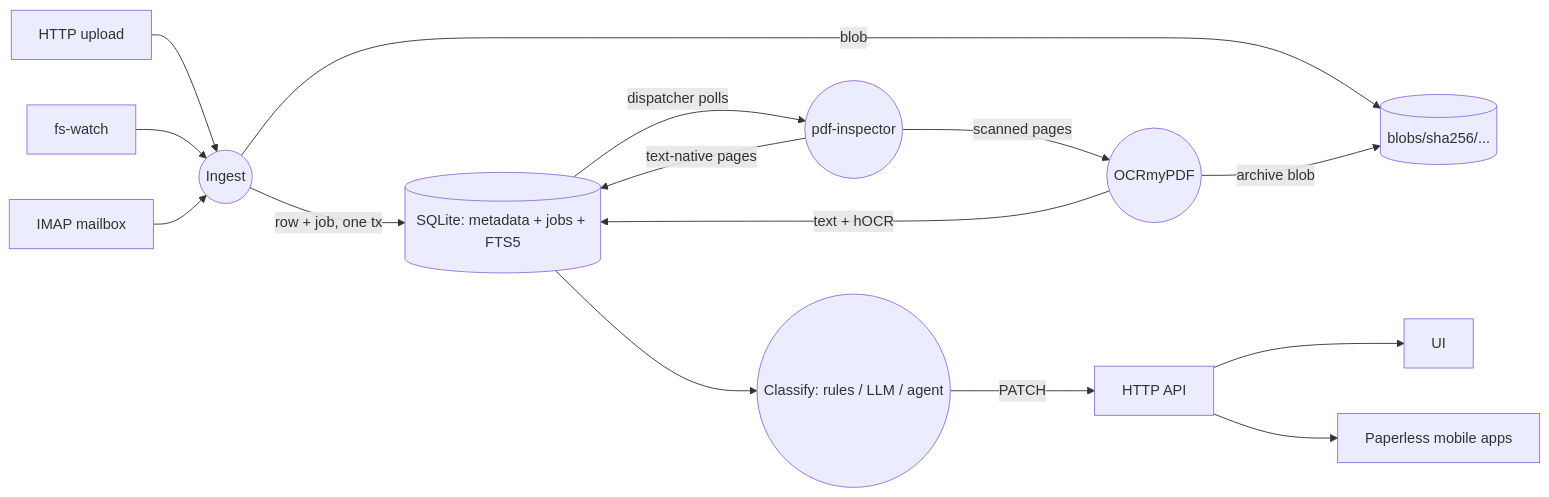
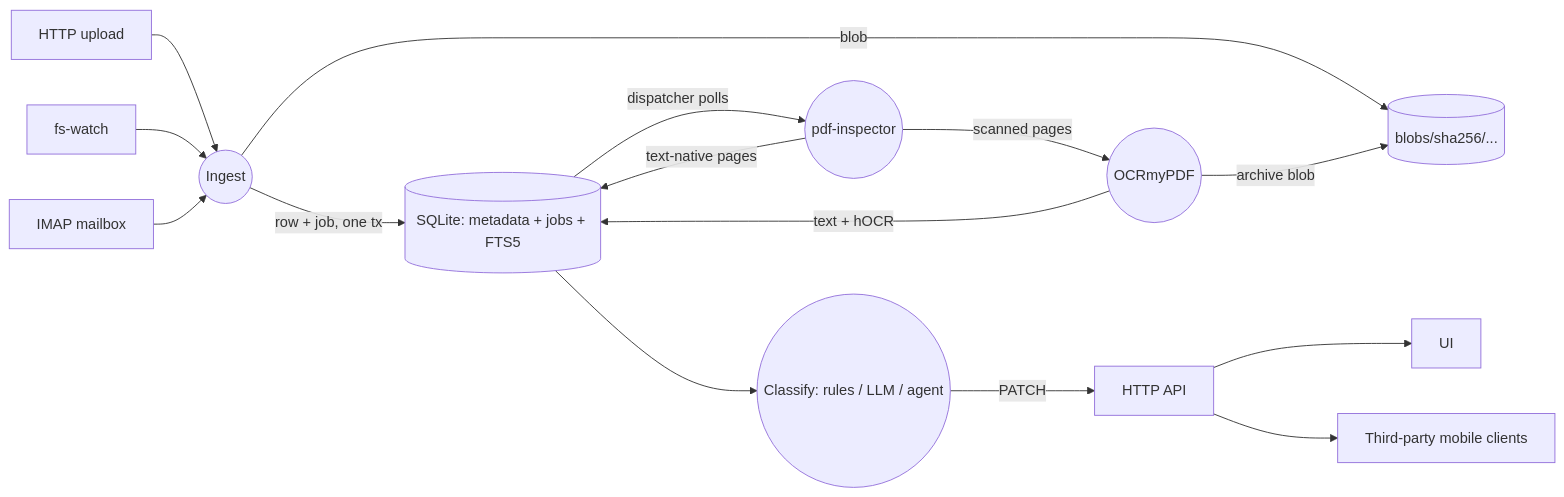
The first of 2 diagrams in docs/architecture.mdx (johnnybravo-xyz/suchi), drawn with Mermaid before and after one commit. The commit also changed 42 other files, not shown here.

````diff
--- a/docs/architecture.mdx
+++ b/docs/architecture.mdx
@@ -64,17 +64,17 @@
 ```mermaid
 flowchart LR
     UP[HTTP upload] --> ING((Ingest))
     FS[fs-watch] --> ING
     MAIL[IMAP mailbox] --> ING
     ING -->|blob| CAS[(blobs/sha256/...)]
     ING -->|row + job, one tx| DB[(SQLite: metadata + jobs + FTS5)]
     DB -->|dispatcher polls| SNIFF((pdf-inspector))
     SNIFF -->|text-native pages| DB
     SNIFF -->|scanned pages| OCR((OCRmyPDF))
     OCR -->|archive blob| CAS
     OCR -->|text + hOCR| DB
     DB --> CLS((Classify: rules / LLM / agent))
     CLS -->|PATCH| API[HTTP API]
     API --> UI
-    API --> MOB[Paperless mobile apps]
+    API --> MOB[Third-party mobile clients]
 ```
````
